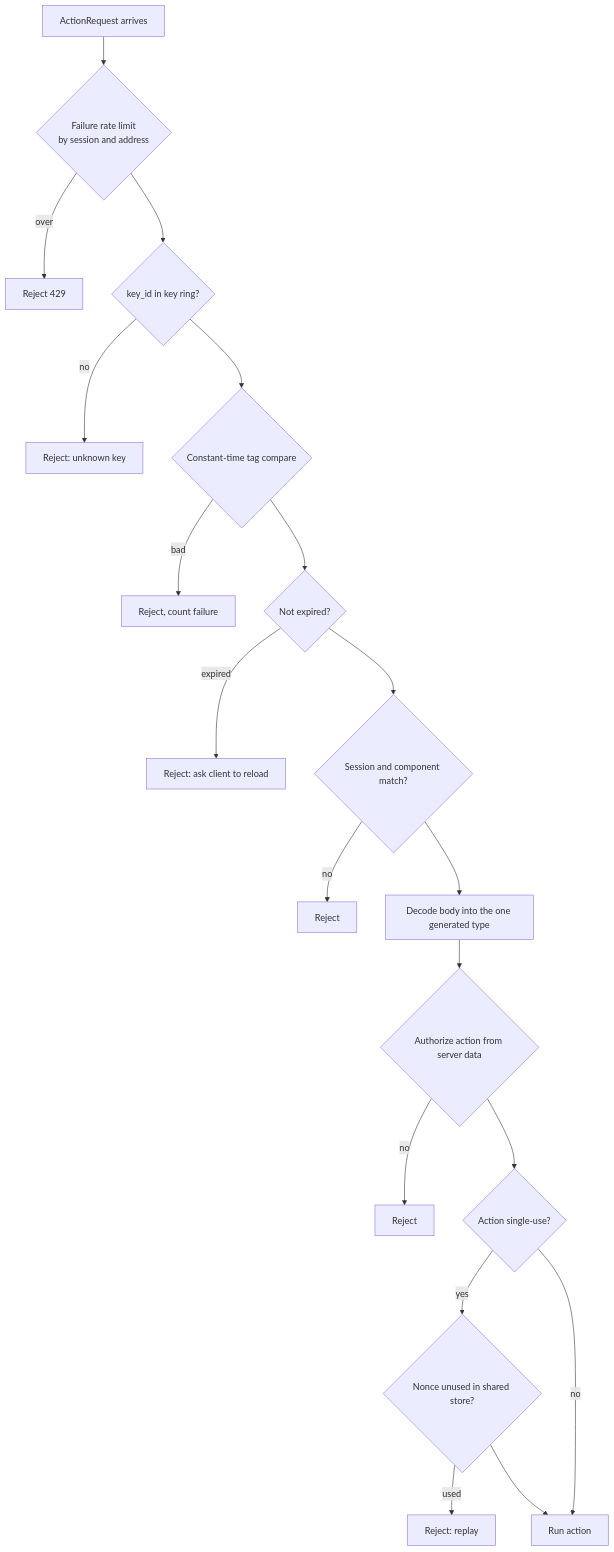
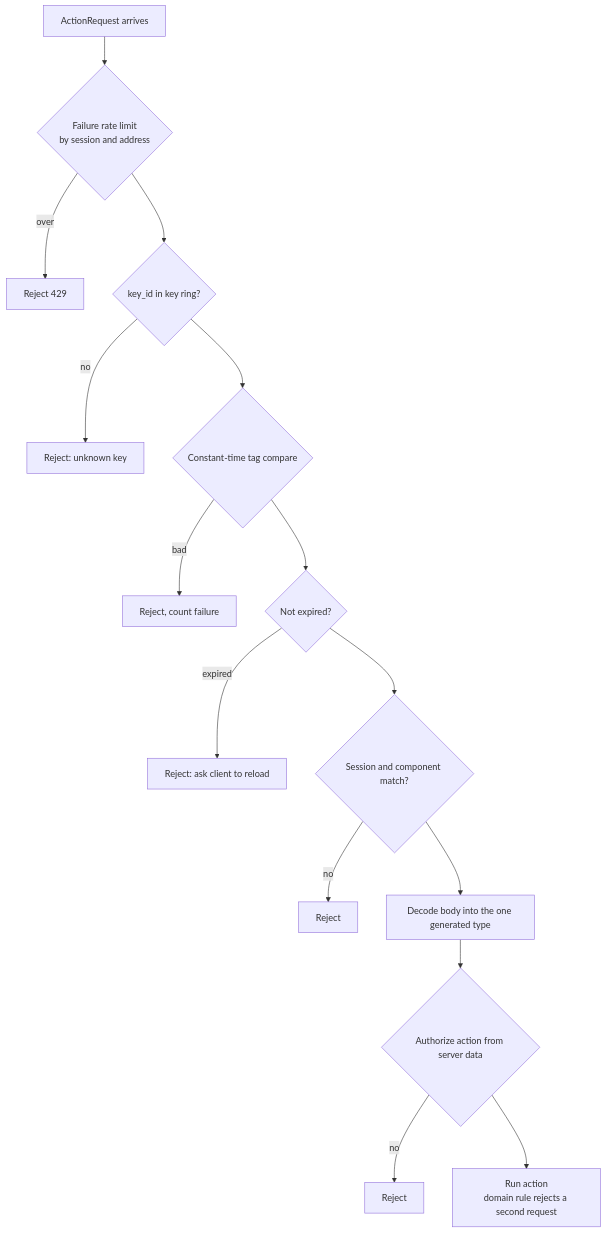
One commit to ewe-studios/ewe_platform changed the diagram in specifications/69-foundation-ui-v2/research/08-state-security-and-replay.md. Above: the diagram before and after it, drawn with Mermaid. The commit also changed other lines of this file and 16 other files, not shown here.

````diff
--- a/specifications/69-foundation-ui-v2/research/08-state-security-and-replay.md
+++ b/specifications/69-foundation-ui-v2/research/08-state-security-and-replay.md
@@ -76,21 +77,17 @@
 ```mermaid
 flowchart TD
     R[ActionRequest arrives] --> L{Failure rate limit<br/>by session and address}
     L -->|over| X1[Reject 429]
     L --> K{key_id in key ring?}
     K -->|no| X2[Reject: unknown key]
     K --> M{Constant-time tag compare}
     M -->|bad| X3[Reject, count failure]
     M --> E{Not expired?}
     E -->|expired| X4[Reject: ask client to reload]
     E --> B{Session and component match?}
     B -->|no| X5[Reject]
     B --> D[Decode body into the one generated type]
     D --> A{Authorize action from server data}
     A -->|no| X6[Reject]
-    A --> N{Action single-use?}
-    N -->|yes| S{Nonce unused in shared store?}
-    S -->|used| X7[Reject: replay]
-    S --> RUN[Run action]
-    N -->|no| RUN
+    A --> RUN[Run action<br/>domain rule rejects a second request]
 ```
````
